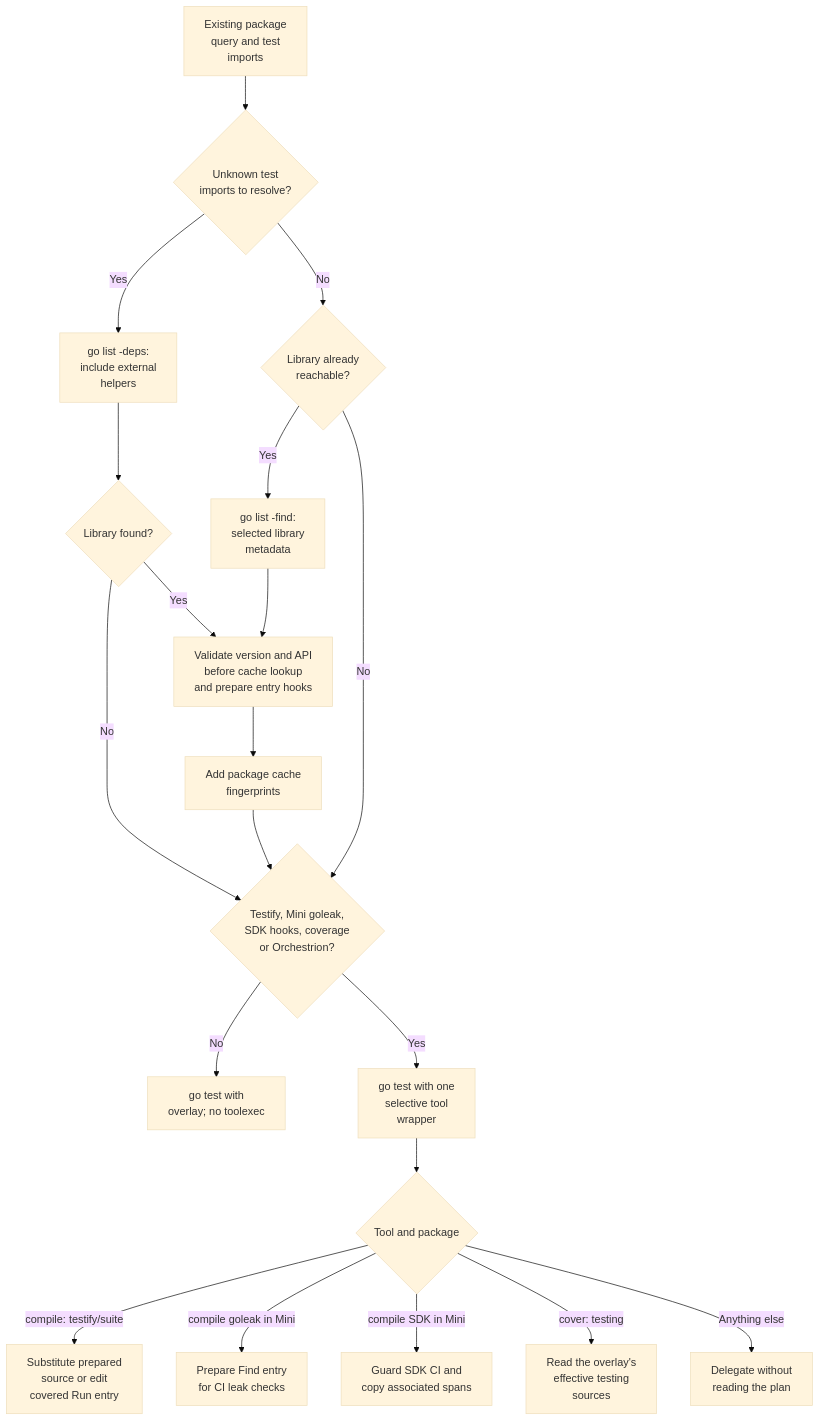
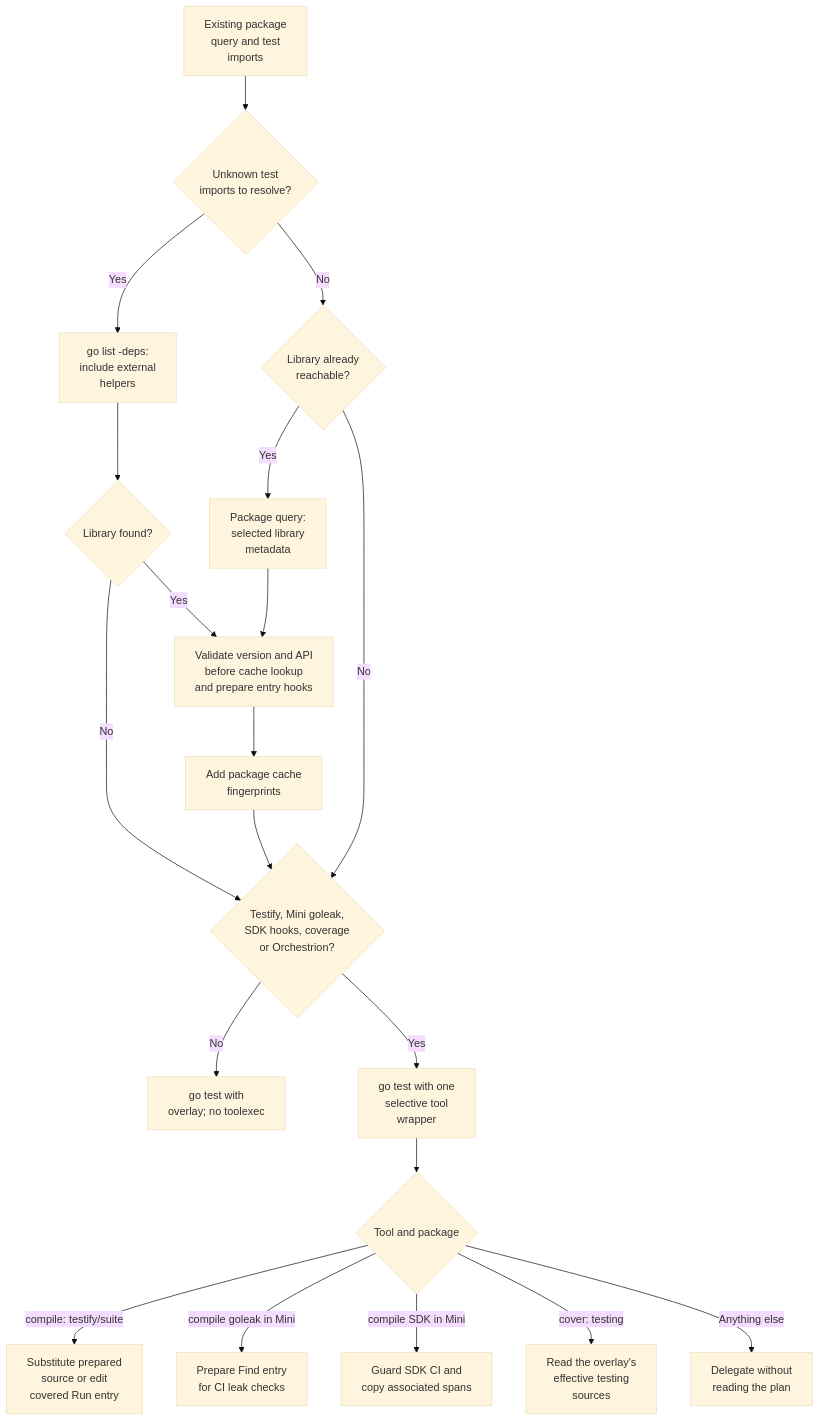
Before and after one commit to DataDog/ddtest: the first of 2 diagrams in ddto/docs/testify.md, drawn with Mermaid (base theme). The commit also changed other lines of this file and 82 other files, not shown here.

````diff
--- a/ddto/docs/testify.md
+++ b/ddto/docs/testify.md
@@ -80,22 +80,22 @@
 ```mermaid
 flowchart TD
     Resolve["Existing package<br/>query and test<br/>imports"] --> Unknown{"Unknown test<br/>imports to resolve?"}
     Unknown -->|Yes| Deps["go list -deps:<br/>include external<br/>helpers"]
     Unknown -->|No| Known{"Library already<br/>reachable?"}
-    Known -->|Yes| Find["go list -find:<br/>selected library<br/>metadata"]
+    Known -->|Yes| Find["Package query:<br/>selected library<br/>metadata"]
     Known -->|No| Coverage
     Deps --> Found{"Library found?"}
     Found -->|No| Coverage
     Found -->|Yes| Prepare["Validate version and API<br/>before cache lookup<br/>and prepare entry hooks"]
     Find --> Prepare
     Prepare --> Fingerprint["Add package cache<br/>fingerprints"]
     Fingerprint --> Coverage{"Testify, Mini goleak,<br/>SDK hooks, coverage<br/>or Orchestrion?"}
     Coverage -->|No| Native["go test with<br/>overlay; no toolexec"]
     Coverage -->|Yes| Tool["go test with one<br/>selective tool<br/>wrapper"]
     Tool --> Dispatch{"Tool and package"}
     Dispatch -->|compile: testify/suite| Entry["Substitute prepared<br/>source or edit<br/>covered Run entry"]
     Dispatch -->|compile goleak in Mini| Goleak["Prepare Find entry<br/>for CI leak checks"]
     Dispatch -->|compile SDK in Mini| SDK["Guard SDK CI and<br/>copy associated spans"]
     Dispatch -->|cover: testing| Bridge["Read the overlay's<br/>effective testing<br/>sources"]
     Dispatch -->|Anything else| Bypass["Delegate without<br/>reading the plan"]
 ```
````
